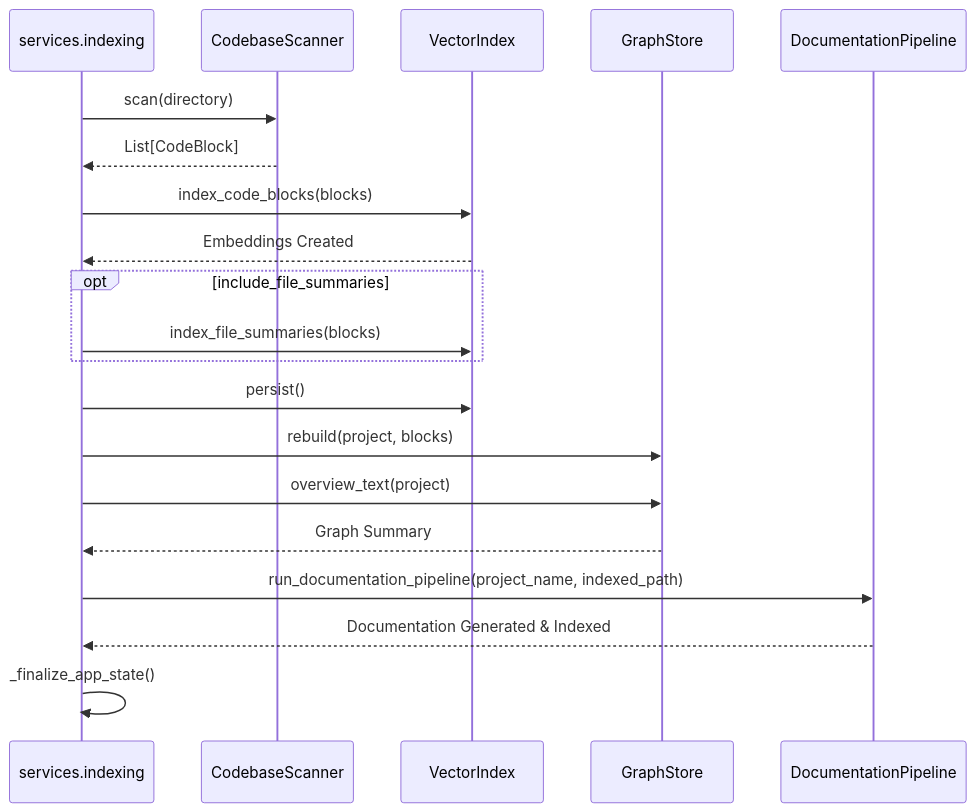
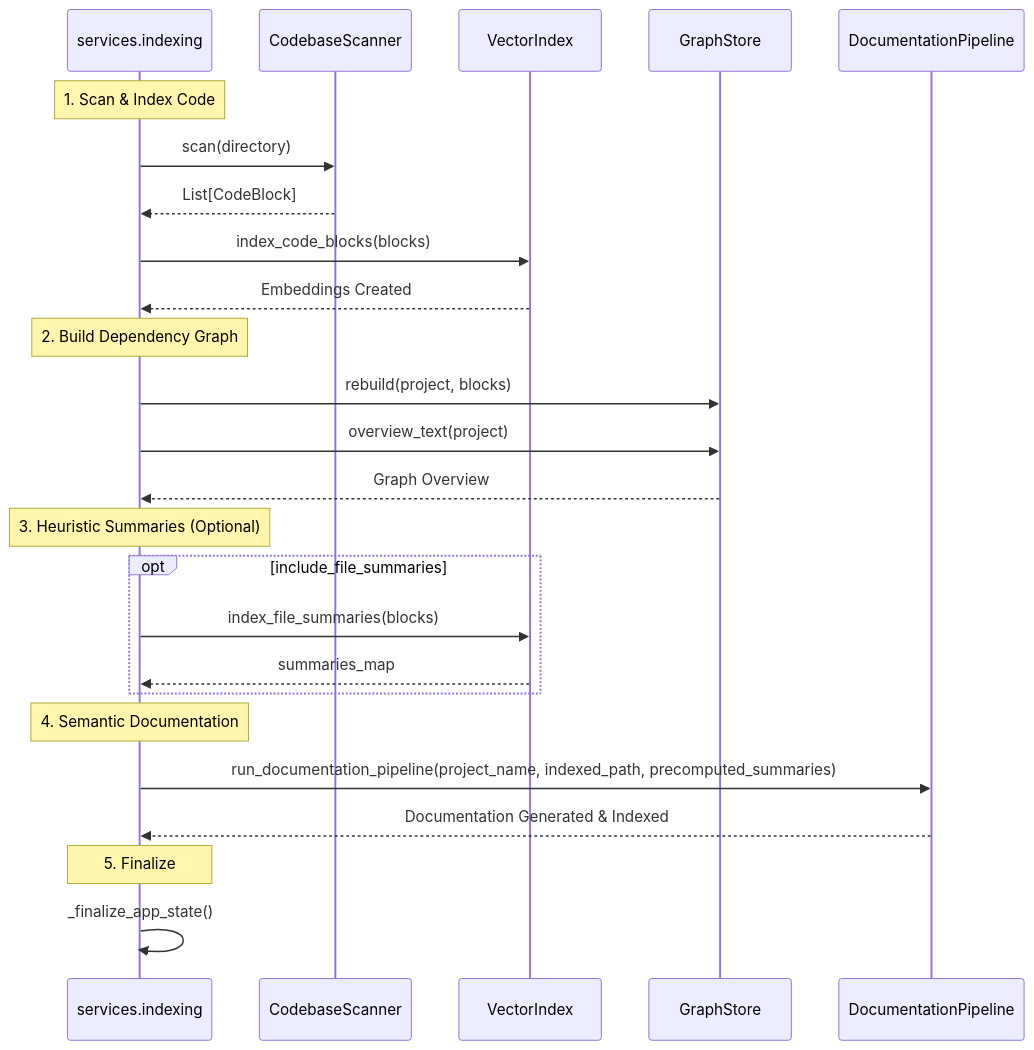
The third of 7 diagrams in ARCHITECTURE.md (cyberbobjr/open-deepwiki), drawn with Mermaid before and after one commit. The commit also changed other lines of this file and 10 other files, not shown here.

Commit message:
feat: Implémente une pipeline de documentation hybride avec extraction de features, résumés contextuels de modules, et génération de pages de features narratives et techniques.

````diff
--- a/ARCHITECTURE.md
+++ b/ARCHITECTURE.md
@@ -173,29 +182,33 @@
 ```mermaid
 sequenceDiagram
     participant Job as services.indexing
     participant Scan as CodebaseScanner
     participant Vector as VectorIndex
     participant Graph as GraphStore
     participant Pipeline as DocumentationPipeline
 
+    Note over Job: 1. Scan & Index Code
     Job->>Scan: scan(directory)
     Scan-->>Job: List[CodeBlock]
     
     Job->>Vector: index_code_blocks(blocks)
     Vector-->>Job: Embeddings Created
     
+    Note over Job: 2. Build Dependency Graph
+    Job->>Graph: rebuild(project, blocks)
+    Job->>Graph: overview_text(project)
+    Graph-->>Job: Graph Overview
+    
+    Note over Job: 3. Heuristic Summaries (Optional)
     opt include_file_summaries
         Job->>Vector: index_file_summaries(blocks)
+        Vector-->>Job: summaries_map
     end
     
-    Job->>Vector: persist()
-
-    Job->>Graph: rebuild(project, blocks)
-    Job->>Graph: overview_text(project)
-    Graph-->>Job: Graph Summary
-    
-    Job->>Pipeline: run_documentation_pipeline(project_name, indexed_path)
+    Note over Job: 4. Semantic Documentation
+    Job->>Pipeline: run_documentation_pipeline(project_name, indexed_path, precomputed_summaries)
     Pipeline-->>Job: Documentation Generated & Indexed
     
+    Note over Job: 5. Finalize
     Job->>Job: _finalize_app_state()
 ```
````
